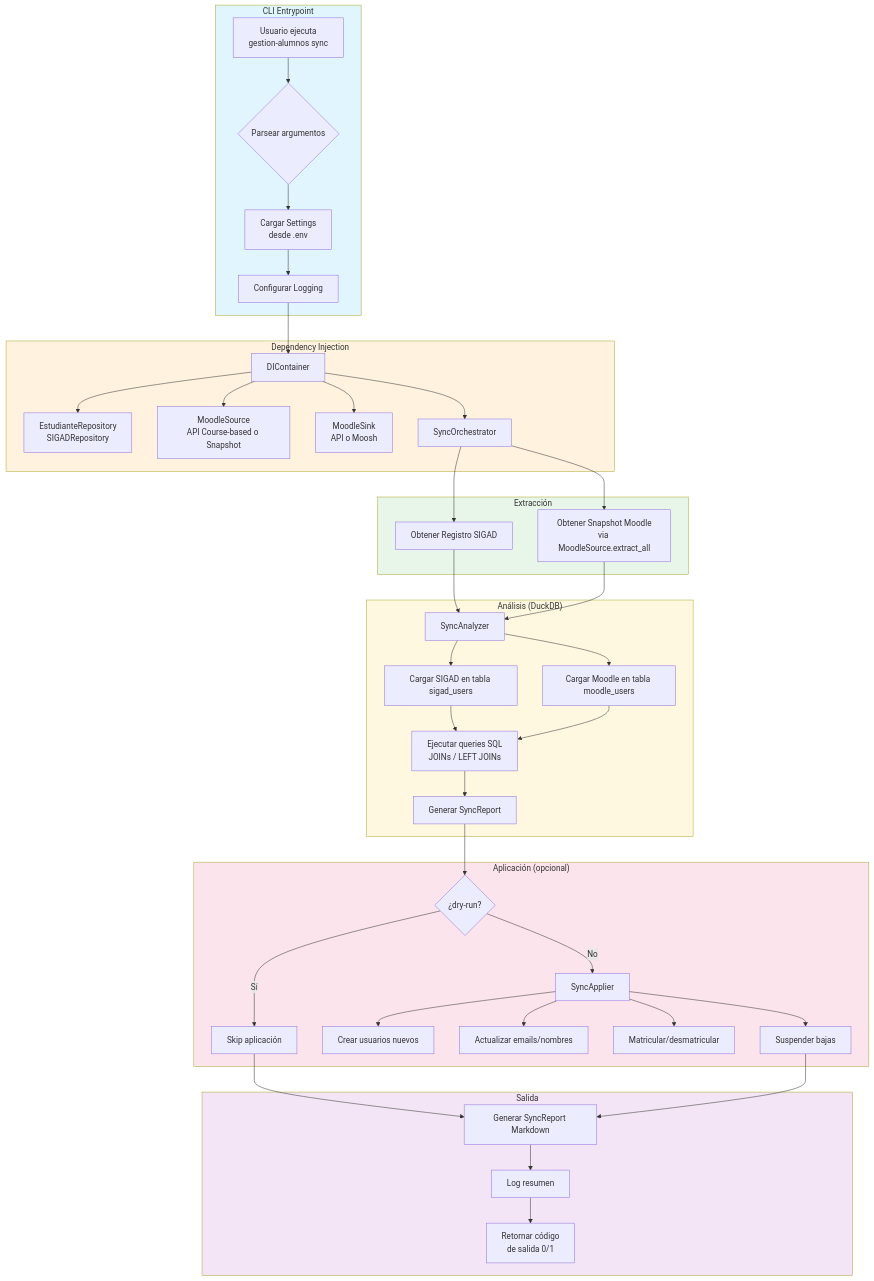
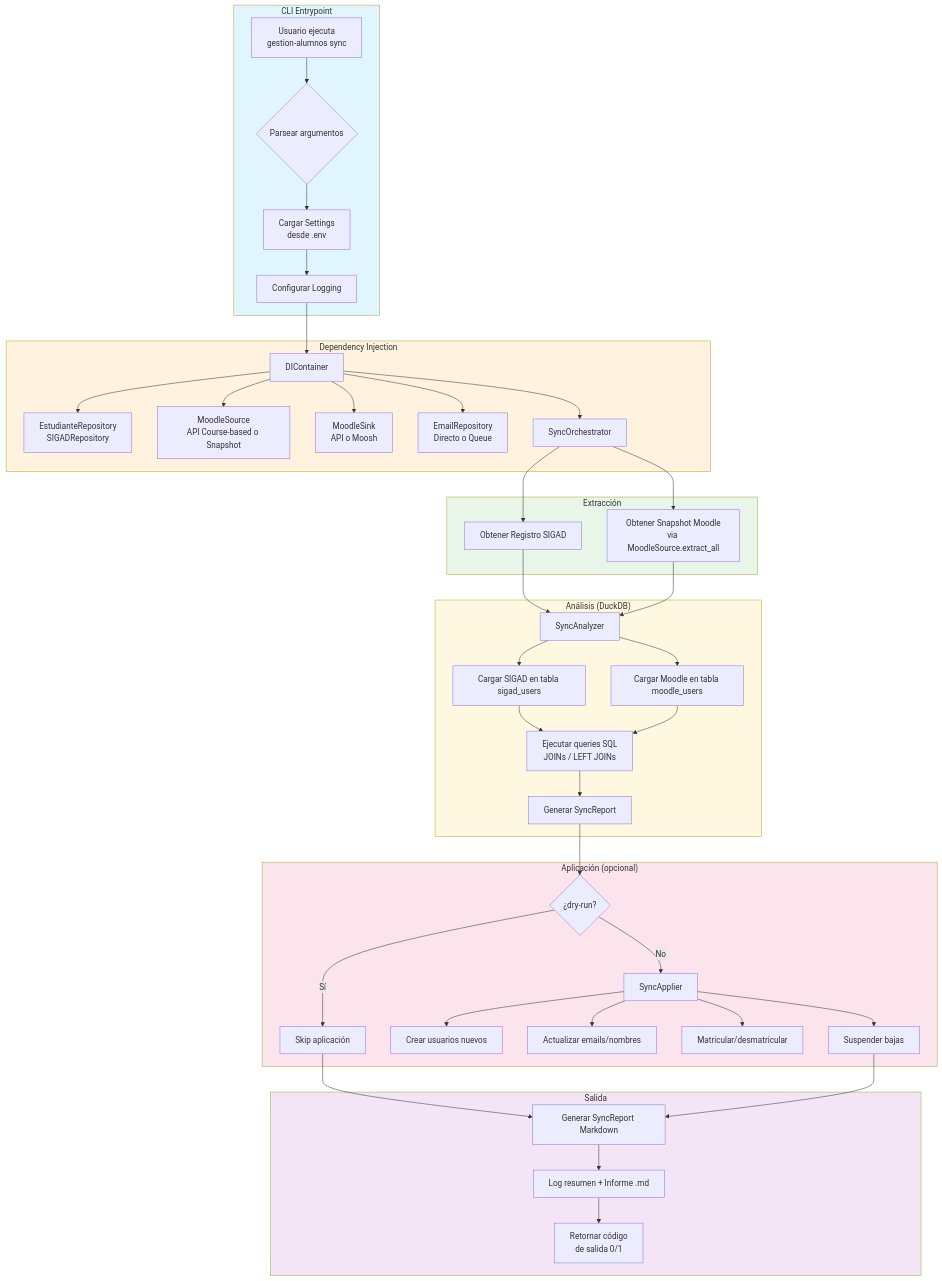
One commit to FPVirtual/fp-virtual-gestion-alumnos changed the first of 13 diagrams in docus/flujos.md. Above: the diagram before and after it, drawn with Mermaid. The commit also changed other lines of this file and 4 other files, not shown here.

````diff
--- a/docus/flujos.md
+++ b/docus/flujos.md
@@ -27,52 +27,53 @@
 ```mermaid
 flowchart TD
     subgraph CLI["CLI Entrypoint"]
         A[Usuario ejecuta<br/>gestion-alumnos sync] --> B{Parsear argumentos}
         B --> C[Cargar Settings<br/>desde .env]
         C --> D[Configurar Logging]
     end
 
     subgraph DI["Dependency Injection"]
         D --> E[DIContainer]
         E --> E1[EstudianteRepository<br/>SIGADRepository]
         E --> E2[MoodleSource<br/>API Course-based o Snapshot]
         E --> E3[MoodleSink<br/>API o Moosh]
+        E --> E4[EmailRepository<br/>Directo o Queue]
         E --> F[SyncOrchestrator]
     end
 
     subgraph EXTRACT["Extracción"]
         F --> G1[Obtener Registro SIGAD]
         F --> G2[Obtener Snapshot Moodle<br/>via MoodleSource.extract_all]
     end
 
     subgraph ANALYZE["Análisis (DuckDB)"]
         G1 & G2 --> H[SyncAnalyzer]
         H --> H1[Cargar SIGAD en tabla sigad_users]
         H --> H2[Cargar Moodle en tabla moodle_users]
         H1 & H2 --> H3[Ejecutar queries SQL<br/>JOINs / LEFT JOINs]
         H3 --> H4[Generar SyncReport]
     end
 
     subgraph APPLY["Aplicación (opcional)"]
         H4 --> I{¿dry-run?}
         I -->|Sí| J[Skip aplicación]
         I -->|No| K[SyncApplier]
         K --> K1[Crear usuarios nuevos]
         K --> K2[Actualizar emails/nombres]
         K --> K3[Matricular/desmatricular]
         K --> K4[Suspender bajas]
     end
 
     subgraph OUT["Salida"]
         J & K4 --> L[Generar SyncReport Markdown]
-        L --> M[Log resumen]
+        L --> M[Log resumen + Informe .md]
         M --> N[Retornar código<br/>de salida 0/1]
     end
 
     style CLI fill:#e1f5fe
     style DI fill:#fff3e0
     style EXTRACT fill:#e8f5e9
     style ANALYZE fill:#fff8e1
     style APPLY fill:#fce4ec
     style OUT fill:#f3e5f5
 ```
````
